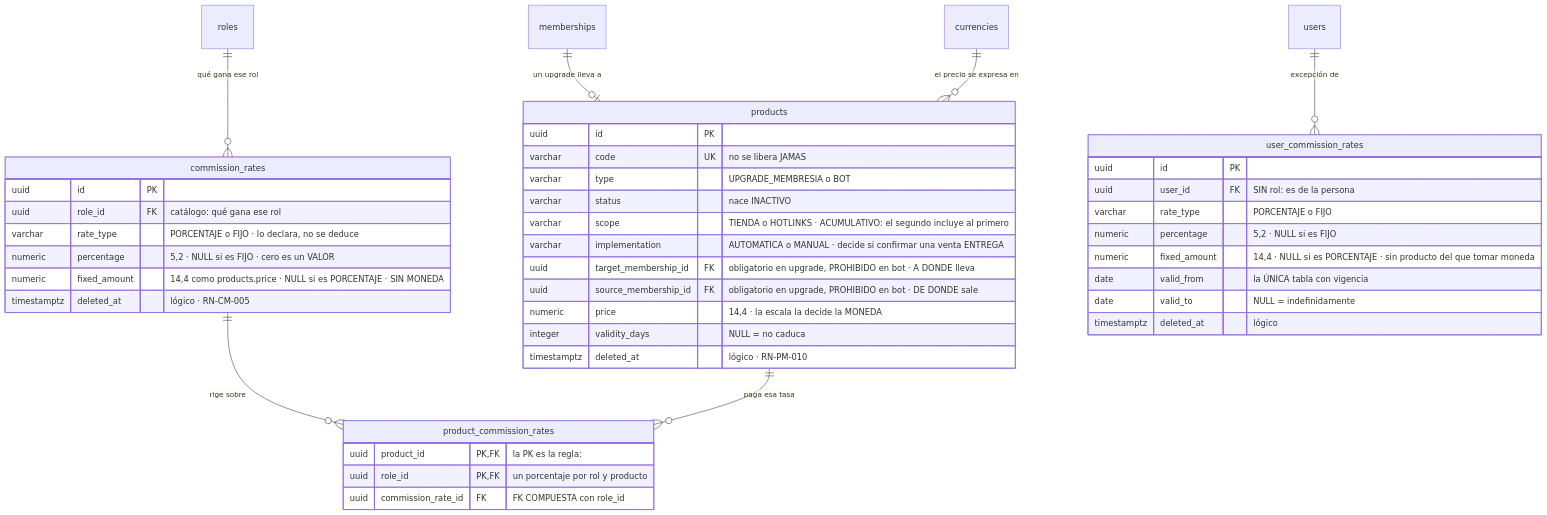
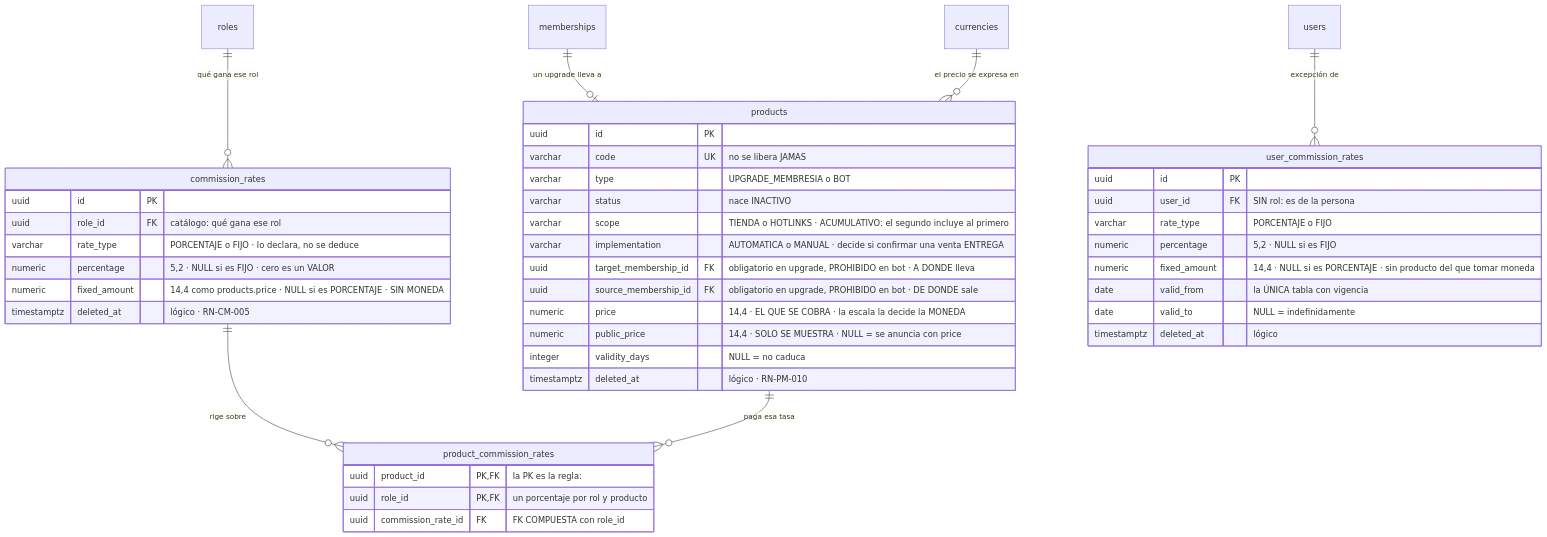
Before and after one commit to NexusPro-Dev/backend: the fourth of 5 diagrams in docs/modelo-datos.md, drawn with Mermaid. The commit also changed other lines of this file and 119 other files, not shown here.

````diff
--- a/docs/modelo-datos.md
+++ b/docs/modelo-datos.md
@@ -381,50 +400,51 @@
 ```mermaid
 erDiagram
     memberships ||--o| products : "un upgrade lleva a"
     currencies  ||--o{ products : "el precio se expresa en"
 
     roles    ||--o{ commission_rates : "qué gana ese rol"
     commission_rates ||--o{ product_commission_rates : "rige sobre"
     products ||--o{ product_commission_rates : "paga esa tasa"
     users    ||--o{ user_commission_rates : "excepción de"
 
     products {
         uuid id PK
         varchar code UK "no se libera JAMAS"
         varchar type "UPGRADE_MEMBRESIA o BOT"
         varchar status "nace INACTIVO"
         varchar scope "TIENDA o HOTLINKS · ACUMULATIVO: el segundo incluye al primero"
         varchar implementation "AUTOMATICA o MANUAL · decide si confirmar una venta ENTREGA"
         uuid target_membership_id FK "obligatorio en upgrade, PROHIBIDO en bot · A DONDE lleva"
         uuid source_membership_id FK "obligatorio en upgrade, PROHIBIDO en bot · DE DONDE sale"
-        numeric price "14,4 · la escala la decide la MONEDA"
+        numeric price "14,4 · EL QUE SE COBRA · la escala la decide la MONEDA"
+        numeric public_price "14,4 · SOLO SE MUESTRA · NULL = se anuncia con price"
         integer validity_days "NULL = no caduca"
         timestamptz deleted_at "lógico · RN-PM-010"
     }
 
     commission_rates {
         uuid id PK
         uuid role_id FK "catálogo: qué gana ese rol"
         varchar rate_type "PORCENTAJE o FIJO · lo declara, no se deduce"
         numeric percentage "5,2 · NULL si es FIJO · cero es un VALOR"
         numeric fixed_amount "14,4 como products.price · NULL si es PORCENTAJE · SIN MONEDA"
         timestamptz deleted_at "lógico · RN-CM-005"
     }
 
     product_commission_rates {
         uuid product_id PK,FK "la PK es la regla:"
         uuid role_id PK,FK "un porcentaje por rol y producto"
         uuid commission_rate_id FK "FK COMPUESTA con role_id"
     }
 
     user_commission_rates {
         uuid id PK
         uuid user_id FK "SIN rol: es de la persona"
         varchar rate_type "PORCENTAJE o FIJO"
         numeric percentage "5,2 · NULL si es FIJO"
         numeric fixed_amount "14,4 · NULL si es PORCENTAJE · sin producto del que tomar moneda"
         date valid_from "la ÚNICA tabla con vigencia"
         date valid_to "NULL = indefinidamente"
         timestamptz deleted_at "lógico"
     }
 ```
````
